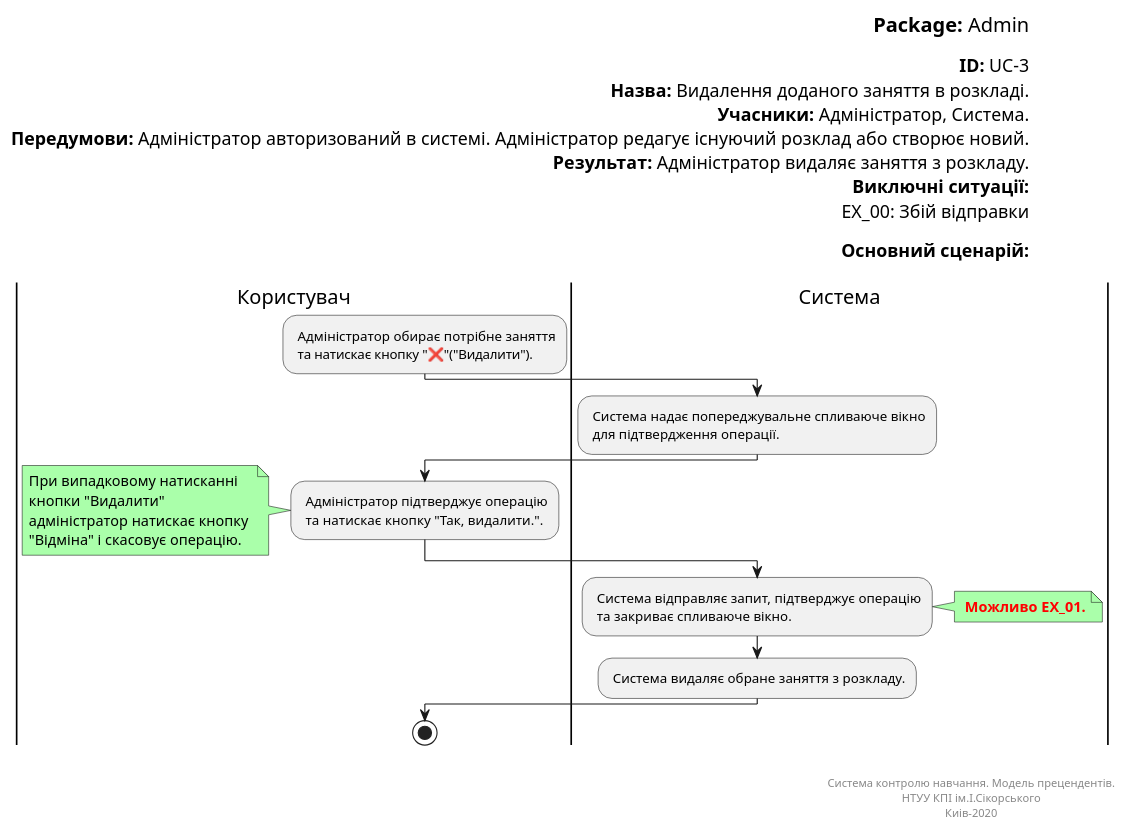
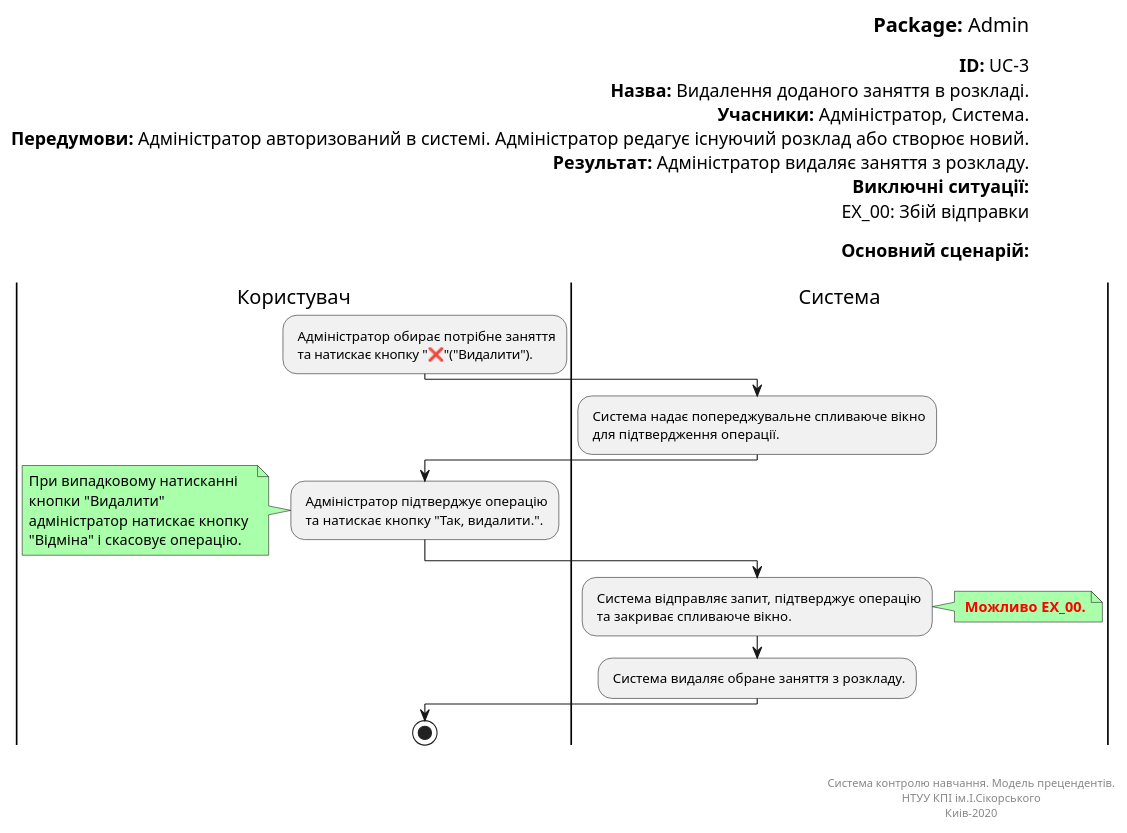
Before and after one commit to vladlinu/TeamOne: the diagram in docs/UML_Diagrams/scenarios/admin/diagrams/UC-3.pu, drawn with PlantUML. The commit also changed 1 other file, not shown here.

```diff
--- a/docs/UML_Diagrams/scenarios/admin/diagrams/UC-3.pu
+++ b/docs/UML_Diagrams/scenarios/admin/diagrams/UC-3.pu
@@ -1,56 +1,56 @@
 @startuml
 left header
 <font color=000 size=18><b>Package:</b> Admin
 
 <font color=000 size=16><b>ID:</b> UC-3
 <font color=000 size=16><b>Назва:</b> Видалення доданого заняття в розкладі.
 <font color=000 size=16><b>Учасники:</b> Адміністратор, Система.
 <font color=000 size=16><b>Передумови:</b> Адміністратор авторизований в системі. Адміністратор редагує існуючий розклад або створює новий.
 <font color=000 size=16><b>Результат:</b> Адміністратор видаляє заняття з розкладу.
 <font color=000 size=16><b>Виключні ситуації:</b>
 <font color=000 size=16> EX_00: Збій відправки
 
 <font color=000 size=16><b>Основний сценарій:</b>
 
 end header
 
 |Користувач|
 : Адміністратор обирає потрібне заняття
  та натискає кнопку "❌"("Видалити").;
 
 |Система|
 : Система надає попереджувальне спливаюче вікно
  для підтвердження операції.;
 
 |Користувач|
 : Адміністратор підтверджує операцію
  та натискає кнопку "Так, видалити.".;
 
 note left #aaffaa
 При випадковому натисканні 
 кнопки "Видалити"
 адміністратор натискає кнопку 
 "Відміна" і скасовує операцію.
 end note
 
 |Система|
 : Система відправляє запит, підтверджує операцію
  та закриває спливаюче вікно.;
 
 note right #aaffaa
-<font color=red><b> Можливо EX_01.
+<font color=red><b> Можливо EX_00.
 end note
 
 : Система видаляє обране заняття з розкладу.;
 
 |Користувач|
 stop;
 
 right footer
 
 
 Система контролю навчання. Модель прецендентів.
 НТУУ КПІ ім.І.Сікорського
 Киів-2020
 end footer
 @enduml
```
